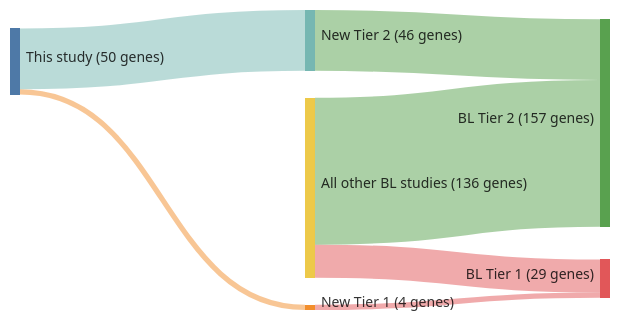
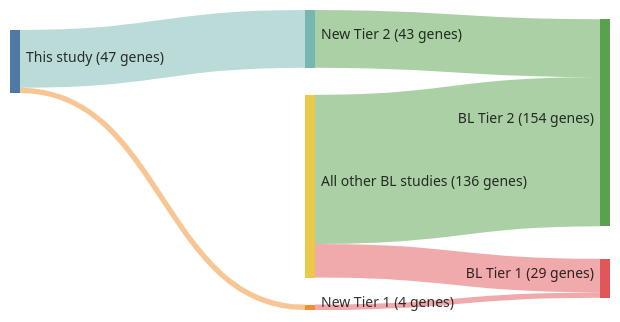
One commit to morinlab/lymphopedia changed the diagram in papers/paneaWholeGenomeLandscape2019.md. Above: the diagram before and after it, drawn with Mermaid. The commit also changed 2 other files, not shown here.

````diff
--- a/papers/paneaWholeGenomeLandscape2019.md
+++ b/papers/paneaWholeGenomeLandscape2019.md
@@ -12,20 +12,20 @@
 ```mermaid
 ---
 config:
     sankey:
         showValues: true
         linkColor: target
         width: 600
         height: 300
         nodeAlignment: right
         prefix: '('
         suffix: ' genes)'
 ---
 sankey-beta
 This study, New Tier 1, 4
 New Tier 1, BL Tier 1, 4
-This study, New Tier 2, 46
-New Tier 2, BL Tier 2, 46
+This study, New Tier 2, 43
+New Tier 2, BL Tier 2, 43
 All other BL studies, BL Tier 1, 25
 All other BL studies, BL Tier 2, 111
 ```
````
